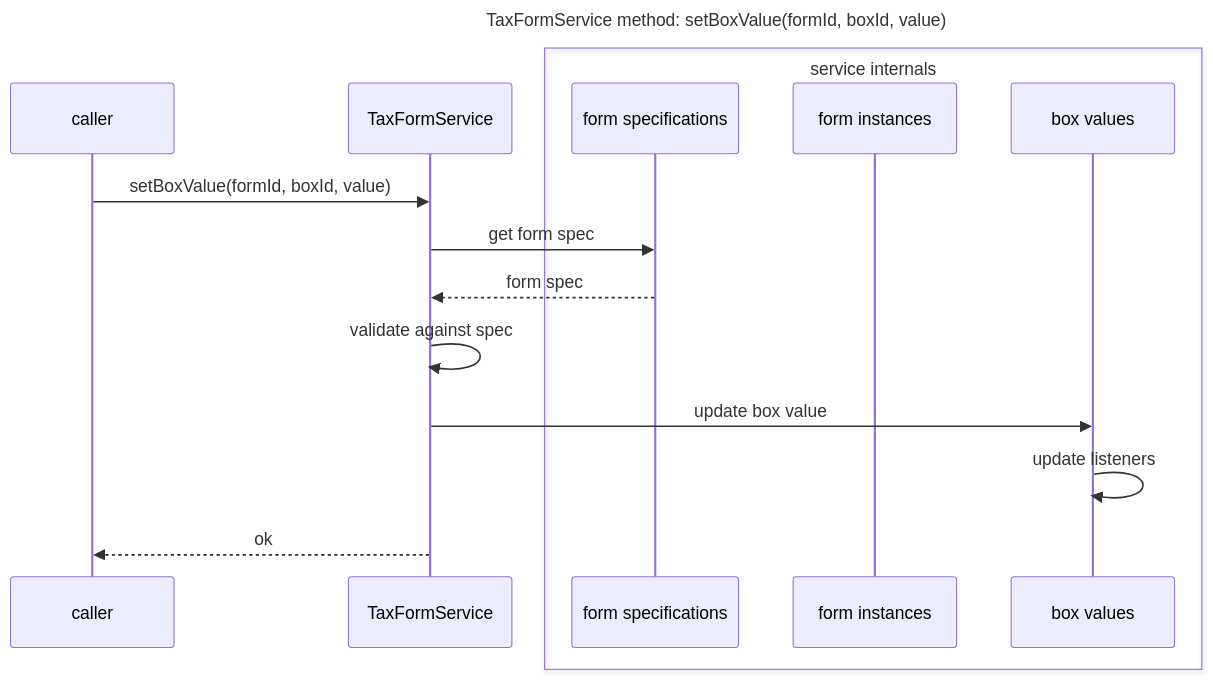
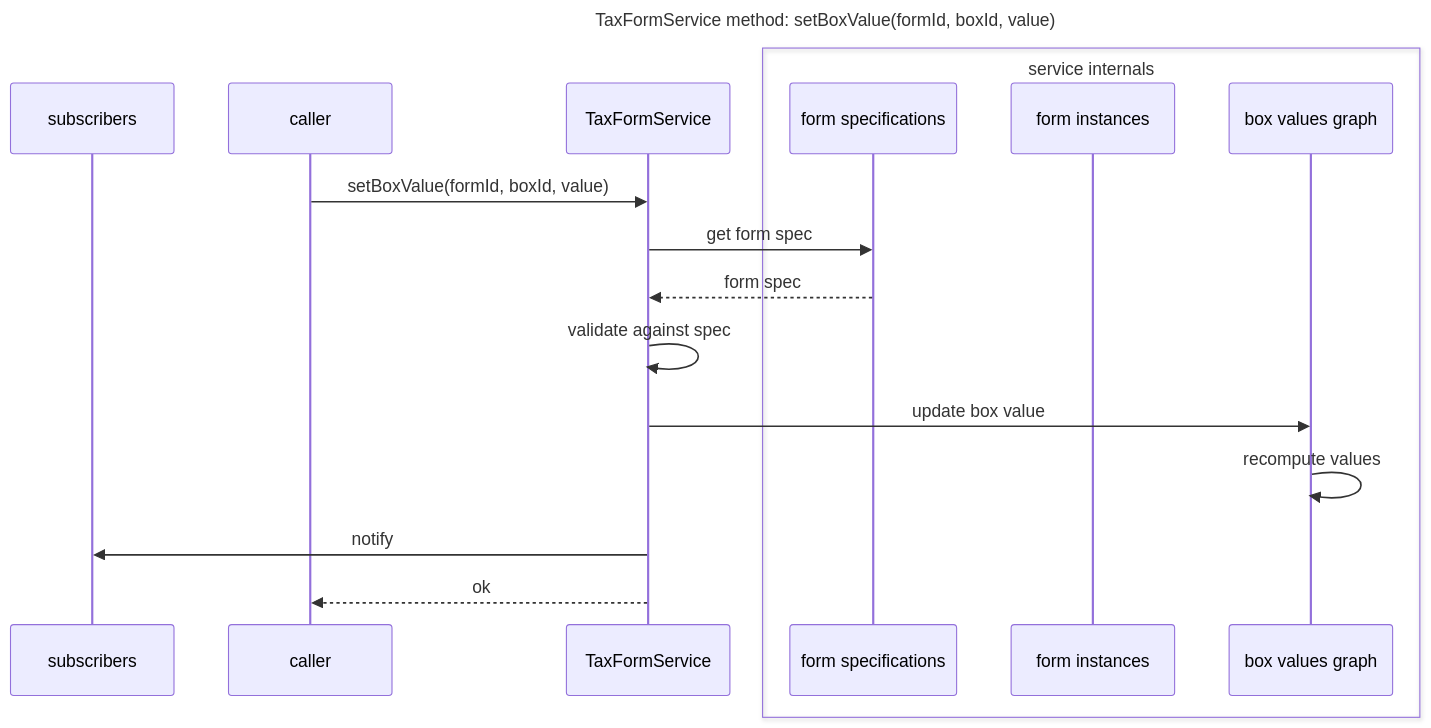
Before and after one commit to wllmwu/thumbtax: the fifth of 9 diagrams in plan/index.md, drawn with Mermaid. The commit also changed other lines of this file, not shown here.

Commit message:
Claude: explicit dependency graph in service

````diff
--- a/plan/index.md
+++ b/plan/index.md
@@ -391,21 +388,23 @@
 ```mermaid
 ---
 title: "TaxFormService method: setBoxValue(formId, boxId, value)"
 ---
 sequenceDiagram
+  participant subscribers
   participant caller
   participant service as TaxFormService
   box service internals
   participant specs as form specifications
   participant instances as form instances
-  participant values as box values
+  participant values as box values graph
   end
 
   caller->>service: setBoxValue(formId, boxId, value)
   service->>specs: get form spec
   specs-->>service: form spec
   service->>service: validate against spec
   service->>values: update box value
-  values->>values: update listeners
+  values->>values: recompute values
+  service->>subscribers: notify
   service-->>caller: ok
 ```
````
